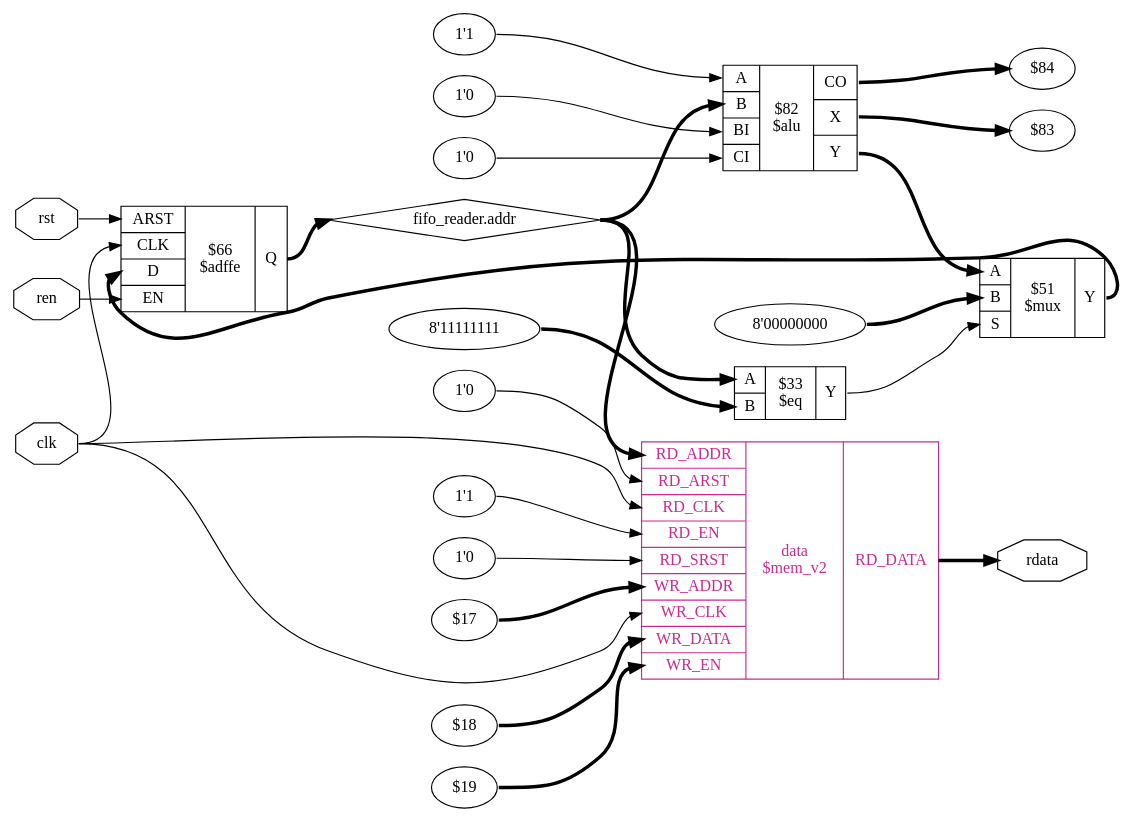
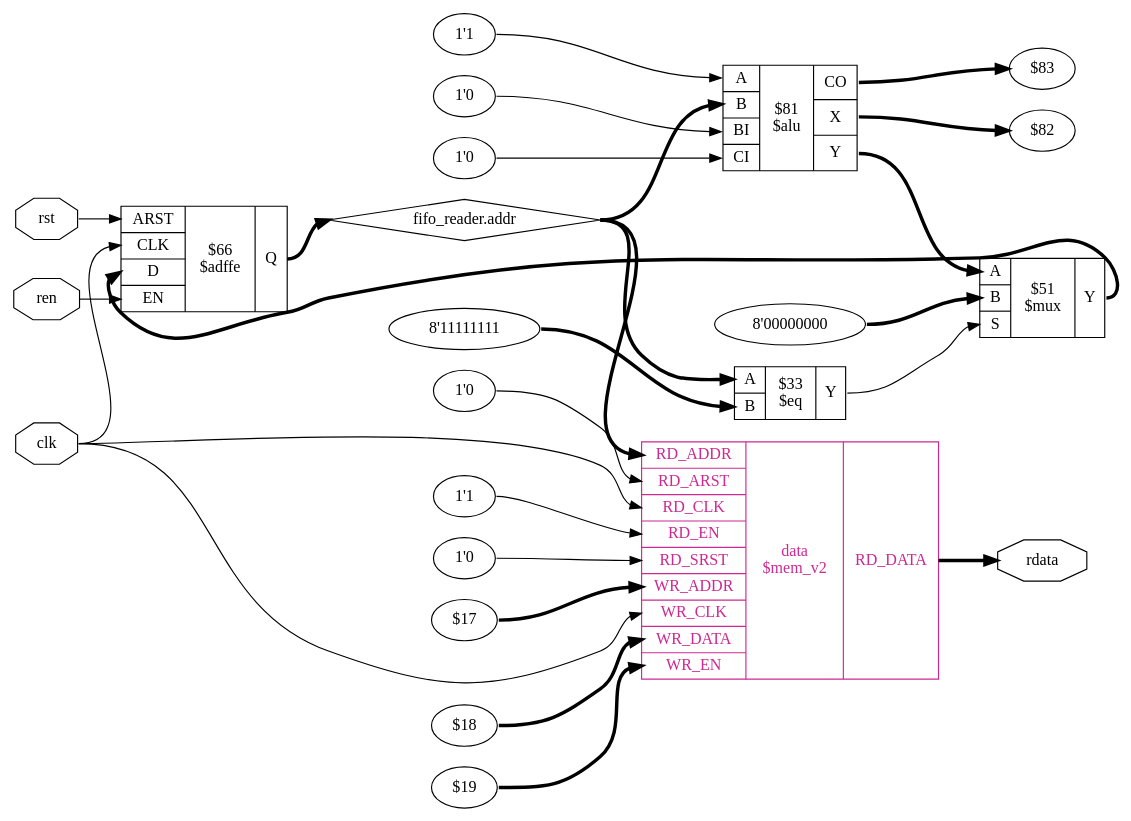
The diagram in source/_images/code_examples/fifo/rdata_coarse.dot (YosysHQ-Docs/yosys-cmd-ref), drawn with Graphviz before and after one commit. The commit also changed 112 other files, not shown here.

```diff
--- a/source/_images/code_examples/fifo/rdata_coarse.dot
+++ b/source/_images/code_examples/fifo/rdata_coarse.dot
@@ -1,53 +1,53 @@
 digraph "fifo" {
 rankdir="LR";
 remincross=true;
 n4 [ shape=octagon, label="clk", color="black", fontcolor="black" ];
 n5 [ shape=diamond, label="fifo_reader.addr", color="black", fontcolor="black" ];
 n6 [ shape=octagon, label="rdata", color="black", fontcolor="black" ];
 n7 [ shape=octagon, label="ren", color="black", fontcolor="black" ];
 n8 [ shape=octagon, label="rst", color="black", fontcolor="black" ];
 c14 [ shape=record, label="{{<p9> ARST|<p10> CLK|<p11> D|<p12> EN}|$66\n$adffe|{<p13> Q}}",  ];
-v0 [ label="$84" ];
-v1 [ label="$83" ];
+v0 [ label="$83" ];
+v1 [ label="$82" ];
 v2 [ label="1'0" ];
 v3 [ label="1'0" ];
 v4 [ label="1'1" ];
-c22 [ shape=record, label="{{<p15> A|<p16> B|<p17> BI|<p18> CI}|$82\n$alu|{<p19> CO|<p20> X|<p21> Y}}",  ];
+c22 [ shape=record, label="{{<p15> A|<p16> B|<p17> BI|<p18> CI}|$81\n$alu|{<p19> CO|<p20> X|<p21> Y}}",  ];
 v5 [ label="8'11111111" ];
 c23 [ shape=record, label="{{<p15> A|<p16> B}|$33\n$eq|{<p21> Y}}",  ];
 v6 [ label="8'00000000" ];
 c25 [ shape=record, label="{{<p15> A|<p16> B|<p24> S}|$51\n$mux|{<p21> Y}}",  ];
 v7 [ label="$18" ];
 v8 [ label="$17" ];
 v9 [ label="$19" ];
 v10 [ label="1'0" ];
 v11 [ label="1'0" ];
 v12 [ label="1'1" ];
 c36 [ shape=record, label="{{<p26> RD_ADDR|<p27> RD_ARST|<p28> RD_CLK|<p29> RD_EN|<p30> RD_SRST|<p31> WR_ADDR|<p32> WR_CLK|<p33> WR_DATA|<p34> WR_EN}|data\n$mem_v2|{<p35> RD_DATA}}", color="maroon3", fontcolor="maroon3" ];
 c22:p21:e -> c25:p15:w [color="black", fontcolor="black", style="setlinewidth(3)", label=""];
 c23:p21:e -> c25:p24:w [color="black", fontcolor="black", label=""];
 c25:p21:e -> c14:p11:w [color="black", fontcolor="black", style="setlinewidth(3)", label=""];
 n4:e -> c14:p10:w [color="black", fontcolor="black", label=""];
 n4:e -> c36:p28:w [color="black", fontcolor="black", label=""];
 n4:e -> c36:p32:w [color="black", fontcolor="black", label=""];
 c14:p13:e -> n5:w [color="black", fontcolor="black", style="setlinewidth(3)", label=""];
 n5:e -> c22:p16:w [color="black", fontcolor="black", style="setlinewidth(3)", label=""];
 n5:e -> c23:p15:w [color="black", fontcolor="black", style="setlinewidth(3)", label=""];
 n5:e -> c36:p26:w [color="black", fontcolor="black", style="setlinewidth(3)", label=""];
 c36:p35:e -> n6:w [color="black", fontcolor="black", style="setlinewidth(3)", label=""];
 n7:e -> c14:p12:w [color="black", fontcolor="black", label=""];
 n8:e -> c14:p9:w [color="black", fontcolor="black", label=""];
 c22:p19:e -> v0:w [color="black", fontcolor="black", style="setlinewidth(3)", label=""];
 c22:p20:e -> v1:w [color="black", fontcolor="black", style="setlinewidth(3)", label=""];
 v10:e -> c36:p30:w [color="black", fontcolor="black", label=""];
 v11:e -> c36:p27:w [color="black", fontcolor="black", label=""];
 v12:e -> c36:p29:w [color="black", fontcolor="black", label=""];
 v2:e -> c22:p17:w [color="black", fontcolor="black", label=""];
 v3:e -> c22:p18:w [color="black", fontcolor="black", label=""];
 v4:e -> c22:p15:w [color="black", fontcolor="black", label=""];
 v5:e -> c23:p16:w [color="black", fontcolor="black", style="setlinewidth(3)", label=""];
 v6:e -> c25:p16:w [color="black", fontcolor="black", style="setlinewidth(3)", label=""];
 v7:e -> c36:p33:w [color="black", fontcolor="black", style="setlinewidth(3)", label=""];
 v8:e -> c36:p31:w [color="black", fontcolor="black", style="setlinewidth(3)", label=""];
 v9:e -> c36:p34:w [color="black", fontcolor="black", style="setlinewidth(3)", label=""];
 }
```
